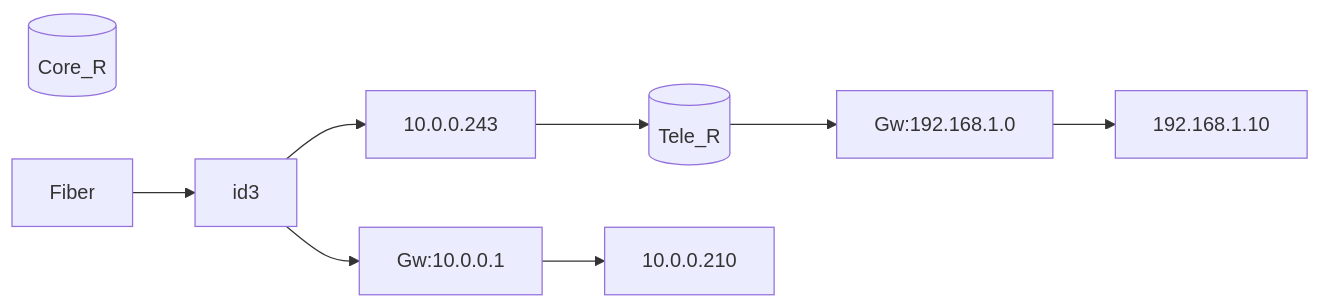
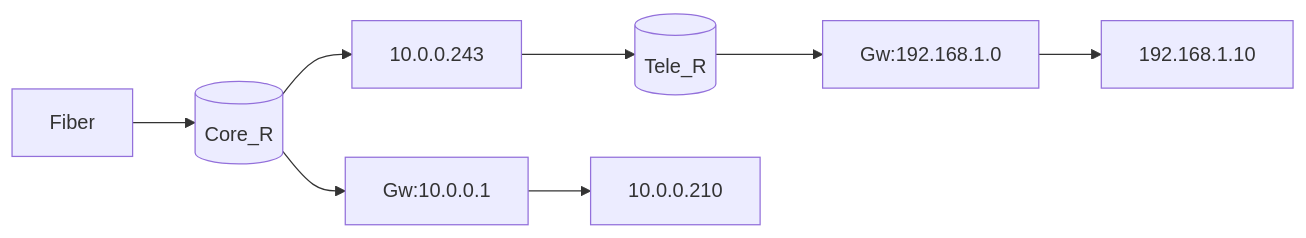
Before and after one commit to notkasim/DOCS: the second of 2 diagrams in Topology.md, drawn with Mermaid.

````diff
--- a/Topology.md
+++ b/Topology.md
@@ -19,9 +19,9 @@
 ```mermaid
 graph LR;
     core[(Core_R)]
     id4[(Tele_R)]
-    Fiber-->id3;
-    id3-->Gw:10.0.0.1-->10.0.0.210
-    id3-->10.0.0.243-->id4
+    Fiber-->core;
+    core-->Gw:10.0.0.1-->10.0.0.210
+    core-->10.0.0.243-->id4
     id4-->Gw:192.168.1.0-->192.168.1.10
 ```
````
